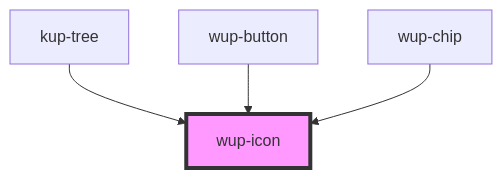
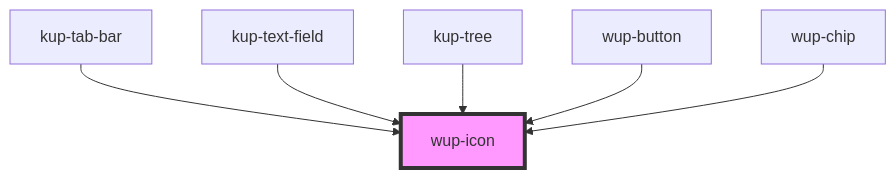
The diagram in packages/ketchup/src/components/wup-icon/readme.md (smeup/ketchup), drawn with Mermaid before and after one commit. The commit also changed other lines of this file and 6 other files, not shown here.

````diff
--- a/packages/ketchup/src/components/wup-icon/readme.md
+++ b/packages/ketchup/src/components/wup-icon/readme.md
@@ -25,7 +28,9 @@
 ```mermaid
 graph TD;
+  kup-tab-bar --> wup-icon
+  kup-text-field --> wup-icon
   kup-tree --> wup-icon
   wup-button --> wup-icon
   wup-chip --> wup-icon
   style wup-icon fill:#f9f,stroke:#333,stroke-width:4px
 ```
````
